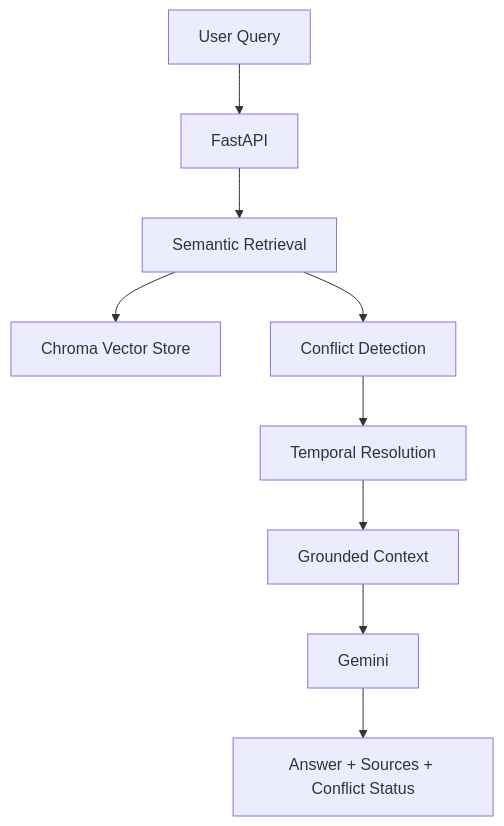
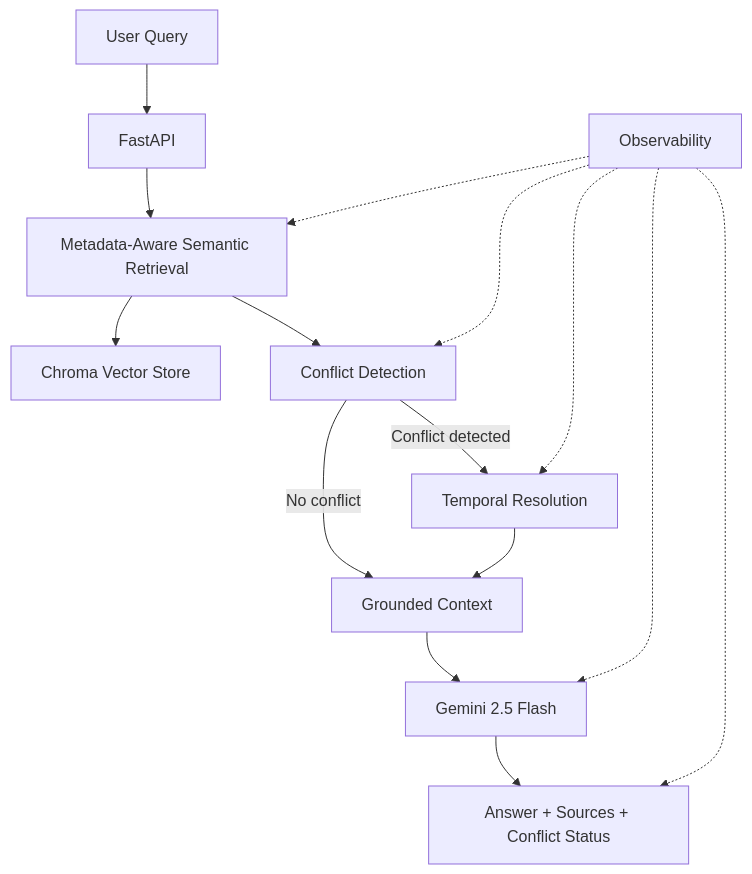
The diagram in README.md (MananPatel52/SafeRAG), drawn with Mermaid before and after one commit. The commit also changed other lines of this file, not shown here.

````diff
--- a/README.md
+++ b/README.md
@@ -25,11 +45,21 @@
 ```mermaid
 flowchart TD
     A[User Query] --> B[FastAPI]
-    B --> C[Semantic Retrieval]
+    B --> C[Metadata-Aware Semantic Retrieval]
     C --> D[Chroma Vector Store]
+
     C --> E[Conflict Detection]
-    E --> F[Temporal Resolution]
-    F --> G[Grounded Context]
-    G --> H[Gemini]
+
+    E -->|Conflict detected| F[Temporal Resolution]
+    E -->|No conflict| G[Grounded Context]
+    F --> G
+
+    G --> H[Gemini 2.5 Flash]
     H --> I[Answer + Sources + Conflict Status]
+
+    J[Observability] -.-> C
+    J -.-> E
+    J -.-> F
+    J -.-> H
+    J -.-> I
 ```
````
